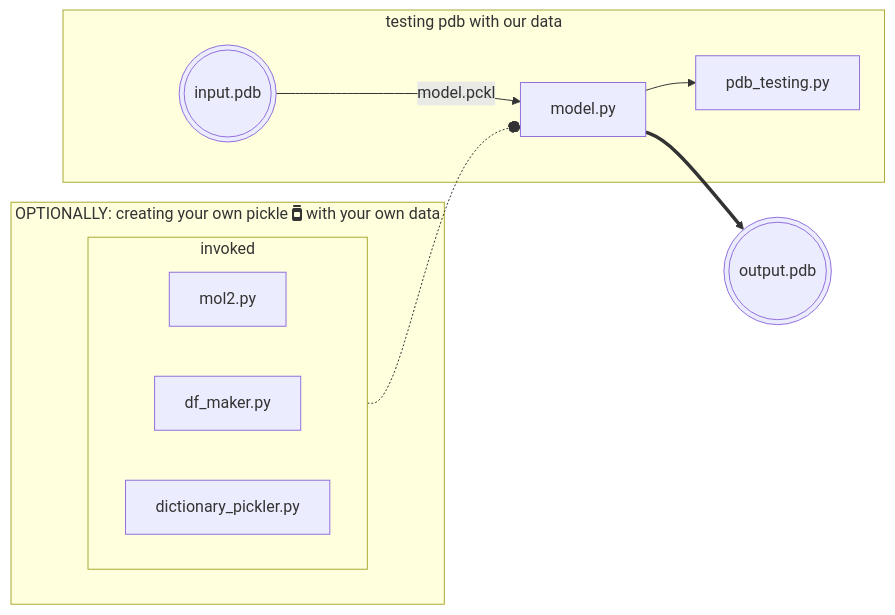
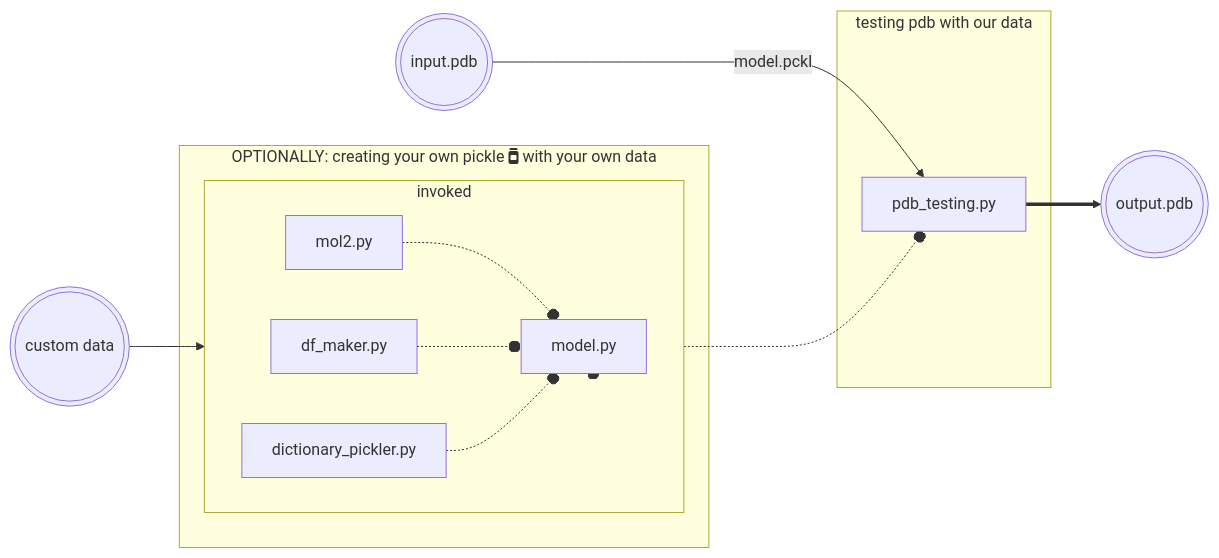
The diagram in README.md (EduardoCantos1998/TrabajoFinalSBI-PYT), drawn with Mermaid before and after one commit.

Commit message:
newreadme

````diff
--- a/README.md
+++ b/README.md
@@ -53,18 +53,19 @@
 ```mermaid
 graph  LR
 subgraph OPTIONALLY: creating your own pickle fa:fa-jar with your own data;
   subgraph invoked;
     direction LR;
-    C[mol2.py];
-    D[df_maker.py];
-    E[dictionary_pickler.py];
+    B[model.py]; 
+    C[mol2.py]-.-o B;
+    D[df_maker.py]-.-o B;
+    E[dictionary_pickler.py]-.-o B;
   end
 end
-invoked -.-o B[model.py]
+G(((custom data))) --> B;
+invoked -.-o B
+  A(((input.pdb))) -- model.pckl --> F;
 subgraph testing pdb with our data;
-  A(((input.pdb))) -- model.pckl --> B;
-  B --> F[pdb_testing.py];
+  B -.-o F[pdb_testing.py];
 end;
-
-B ==> Z(((output.pdb)))
+F ==> Z(((output.pdb)))
 ```
````
